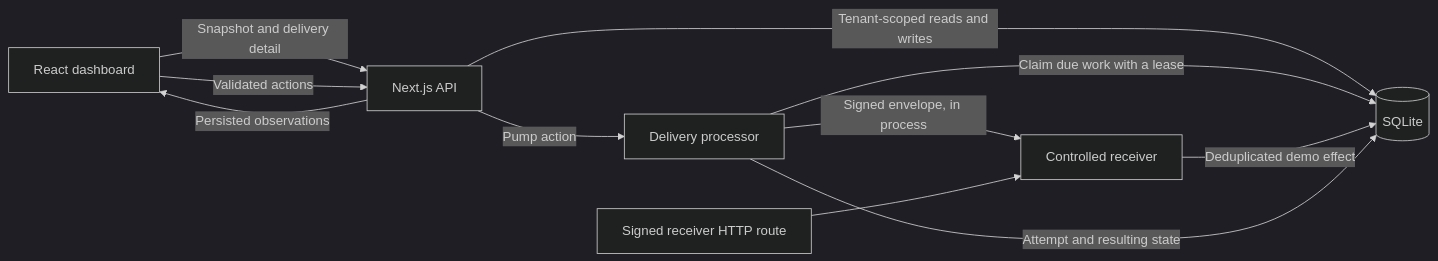
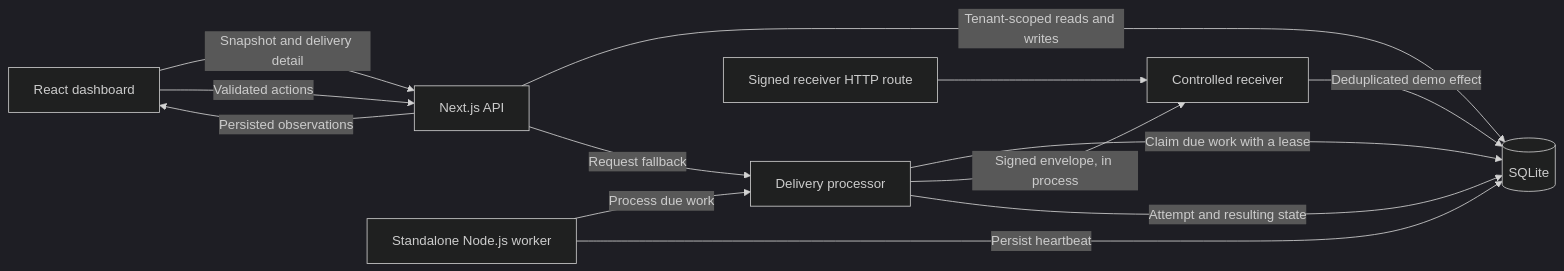
Before and after one commit to 22507260/relayforge: the first of 2 diagrams in docs/ARCHITECTURE.md, drawn with Mermaid (dark theme). The commit also changed other lines of this file and 21 other files, not shown here.

Commit message:
Process webhook queues with an autonomous worker

````diff
--- a/docs/ARCHITECTURE.md
+++ b/docs/ARCHITECTURE.md
@@ -7,13 +7,15 @@
 ```mermaid
 flowchart LR
     Browser[React dashboard] -->|Snapshot and delivery detail| API[Next.js API]
     Browser -->|Validated actions| API
     API -->|Tenant-scoped reads and writes| DB[(SQLite)]
-    API -->|Pump action| Processor[Delivery processor]
+    API -->|Request fallback| Processor[Delivery processor]
+    Worker[Standalone Node.js worker] -->|Process due work| Processor
+    Worker -->|Persist heartbeat| DB
     Processor -->|Claim due work with a lease| DB
     Processor -->|Signed envelope, in process| Receiver[Controlled receiver]
     Receiver -->|Deduplicated demo effect| DB
     Processor -->|Attempt and resulting state| DB
     HTTP[Signed receiver HTTP route] --> Receiver
     API -->|Persisted observations| Browser
 ```
````
